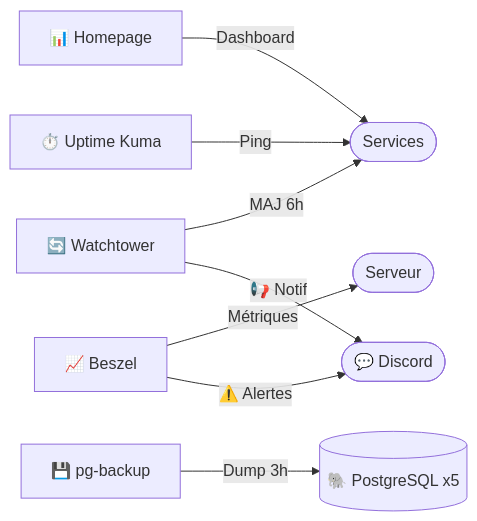
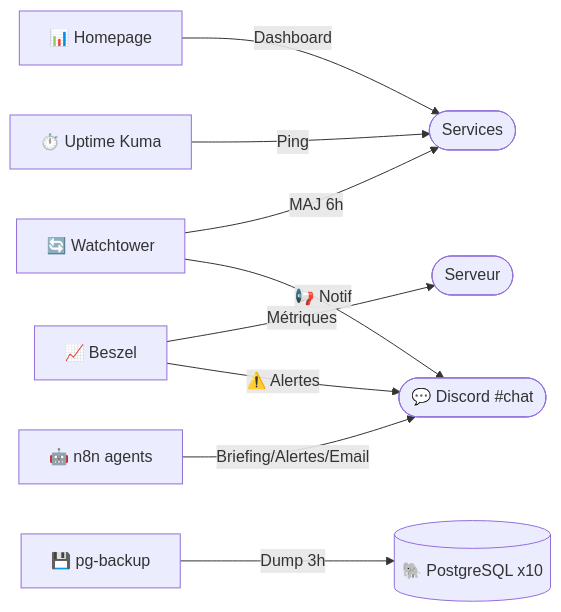
One commit to Wifsimster/docker-setup changed the sixth of 7 diagrams in README.md. Above: the diagram before and after it, drawn with Mermaid. The commit also changed other lines of this file and 1 other file, not shown here.

First line of the commit message:
docs: update README and report to v12 — single #chat canal, unified agent with 20 tools

````diff
--- a/README.md
+++ b/README.md
@@ -168,10 +217,11 @@
 ```mermaid
 graph LR
     Homepage[📊 Homepage] -->|Dashboard| S([Services])
     Beszel[📈 Beszel] -->|Métriques| Srv([Serveur])
-    Beszel -->|⚠️ Alertes| Discord([💬 Discord])
+    Beszel -->|⚠️ Alertes| Discord([💬 Discord #chat])
     Watchtower[🔄 Watchtower] -->|MAJ 6h| S
     Watchtower -->|📢 Notif| Discord
     UptimeKuma[⏱️ Uptime Kuma] -->|Ping| S
-    PgBackup[💾 pg-backup] -->|Dump 3h| DB[(🐘 PostgreSQL x5)]
+    PgBackup[💾 pg-backup] -->|Dump 3h| DB[(🐘 PostgreSQL x10)]
+    n8n[🤖 n8n agents] -->|Briefing/Alertes/Email| Discord
 ```
````
